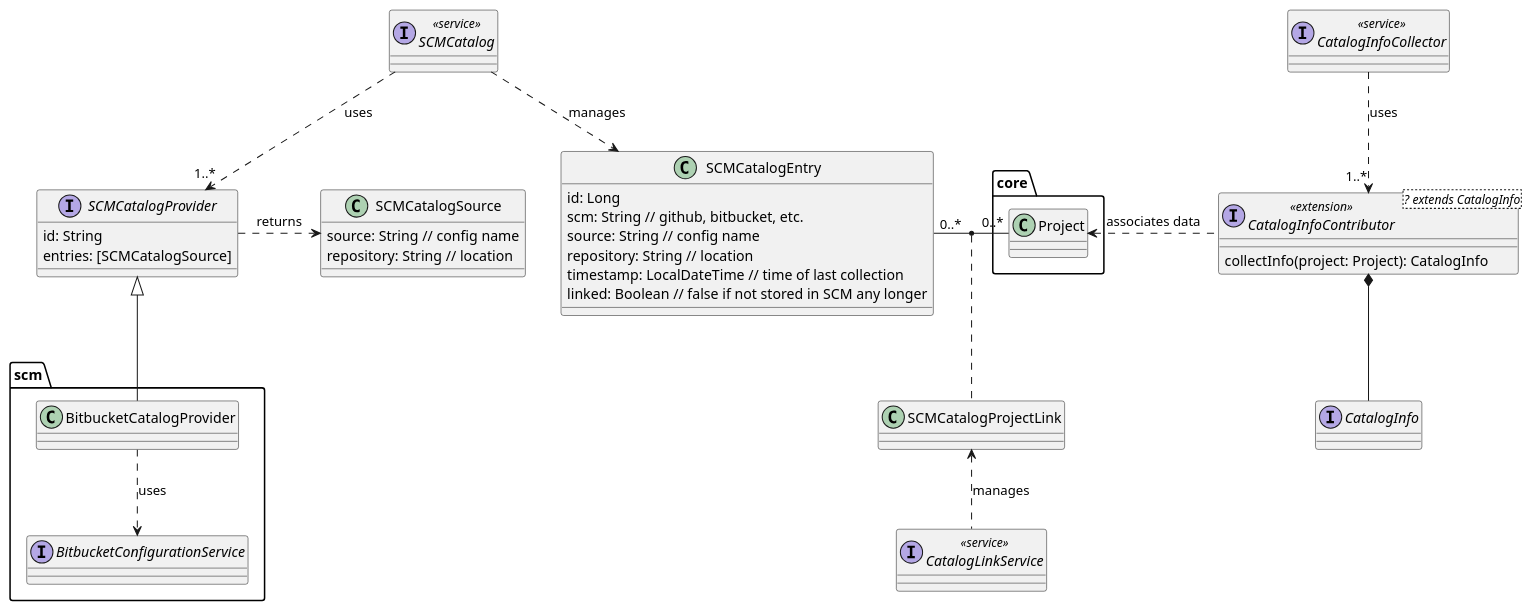
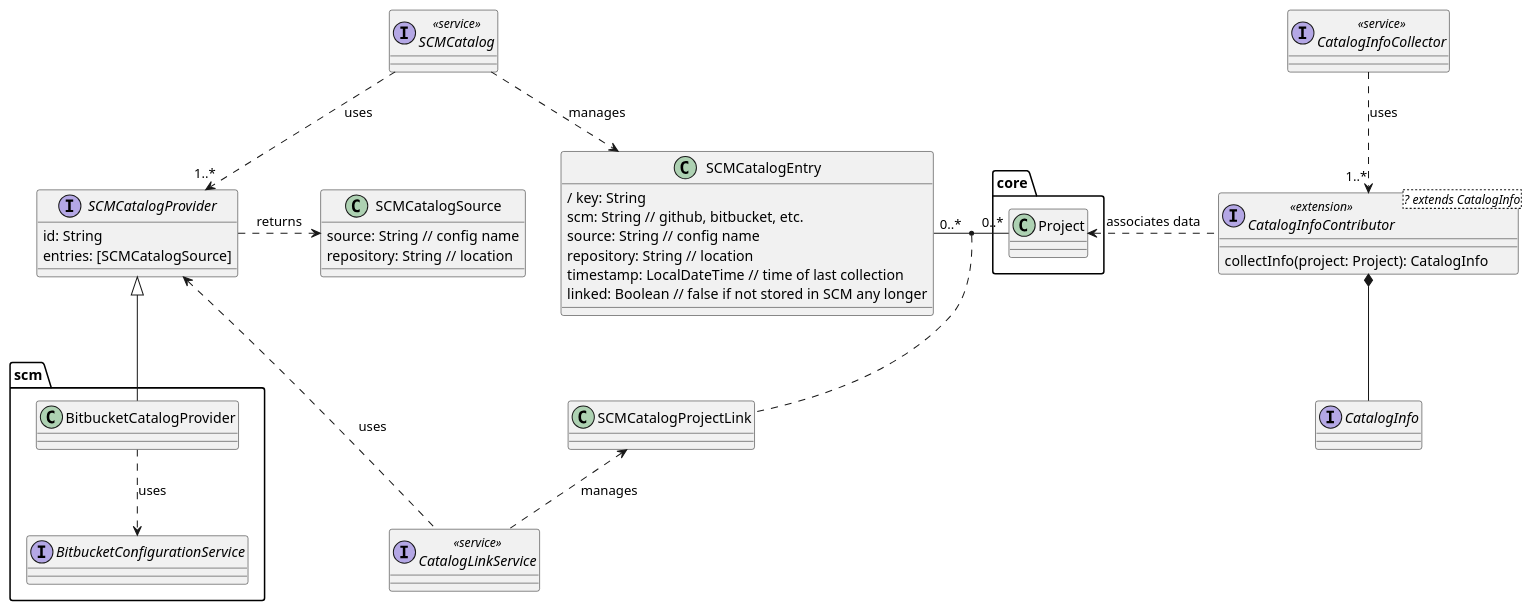
The diagram in ontrack-docs/src/docs/asciidoc/catalog-model.puml (nemerosa/ontrack), drawn with PlantUML before and after one commit. The commit also changed 7 other files, not shown here.

```diff
--- a/ontrack-docs/src/docs/asciidoc/catalog-model.puml
+++ b/ontrack-docs/src/docs/asciidoc/catalog-model.puml
@@ -1,66 +1,68 @@
 @startuml
 
 package core {
     class Project
 }
 
 interface SCMCatalogProvider {
     id: String
     entries: [SCMCatalogSource]
 }
 
 interface SCMCatalog <<service>>
 
 SCMCatalog ..> SCMCatalogEntry: manages
 
 SCMCatalog ..> SCMCatalogProvider: uses "1..*"
 
 class SCMCatalogSource {
     source: String // config name
     repository: String // location
 }
 
 SCMCatalogProvider .right.> SCMCatalogSource: returns
 
 class SCMCatalogEntry {
-    id: Long
+    / key: String
     scm: String // github, bitbucket, etc.
     source: String // config name
     repository: String // location
     timestamp: LocalDateTime // time of last collection
     linked: Boolean // false if not stored in SCM any longer
 }
 
 class SCMCatalogProjectLink
 
 
 SCMCatalogEntry "0..*" - "0..*" Project
 
 (SCMCatalogEntry, Project) .. SCMCatalogProjectLink
 
 interface CatalogLinkService <<service>>
 
 CatalogLinkService .up.> SCMCatalogProjectLink: manages
+
+CatalogLinkService .up.> SCMCatalogProvider: uses
 
 interface CatalogInfoContributor<? extends CatalogInfo> <<extension>> {
     collectInfo(project: Project): CatalogInfo
 }
 
 interface CatalogInfo
 CatalogInfoContributor *-down- CatalogInfo
 
 CatalogInfoContributor .left.> Project: associates data
 
 interface CatalogInfoCollector <<service>>
 
 CatalogInfoCollector ..> CatalogInfoContributor: uses "1..*"
 
 package scm {
     interface BitbucketConfigurationService
     class BitbucketCatalogProvider
 
     BitbucketCatalogProvider -up-|> SCMCatalogProvider
     BitbucketCatalogProvider .down.> BitbucketConfigurationService: uses
 }
 
 @enduml
```
